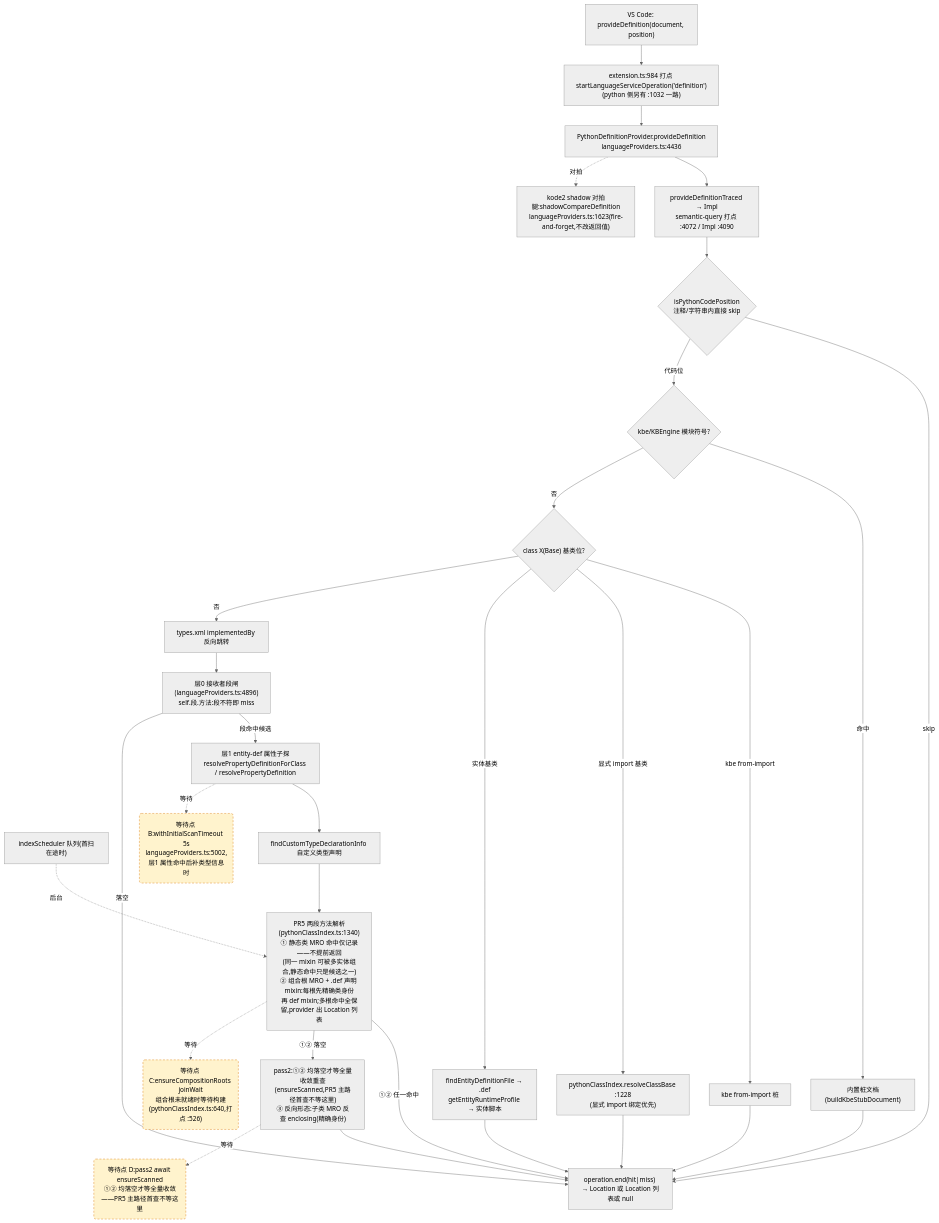
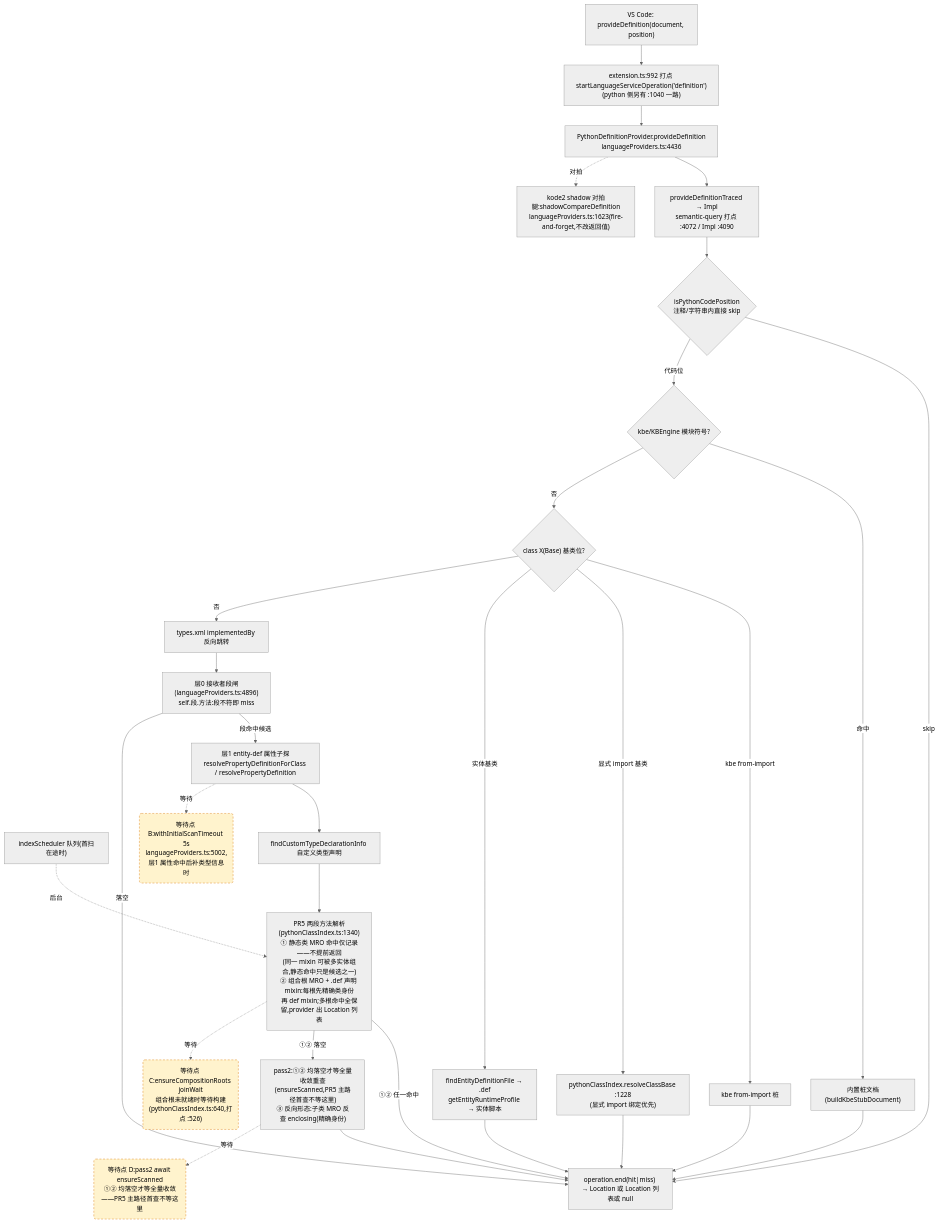
The second of 4 diagrams in docs/perf/2026-baseline.md (cuihairu/kode), drawn with Mermaid (neutral theme) before and after one commit. The commit also changed other lines of this file and 12 other files, not shown here.

````diff
--- a/docs/perf/2026-baseline.md
+++ b/docs/perf/2026-baseline.md
@@ -130,51 +130,51 @@
 ```mermaid
 flowchart TD
   VC2["VS Code: provideDefinition(document, position)"]
-  M2["extension.ts:984 打点 startLanguageServiceOperation('definition')<br/>(python 侧另有 :1032 一路)"]
+  M2["extension.ts:992 打点 startLanguageServiceOperation('definition')<br/>(python 侧另有 :1040 一路)"]
   AD2["PythonDefinitionProvider.provideDefinition<br/>languageProviders.ts:4436"]
   TR["provideDefinitionTraced → Impl<br/>semantic-query 打点 :4072 / Impl :4090"]
   CTX{"isPythonCodePosition<br/>注释/字符串内直接 skip"}
   KBE{"kbe/KBEngine 模块符号?"}
   STUB["内置桩文档(buildKbeStubDocument)"]
   CB{"class X(Base) 基类位?"}
   CB1["kbe from-import 桩"]
   CB2["pythonClassIndex.resolveClassBase :1228<br/>(显式 import 绑定优先)"]
   CB3["findEntityDefinitionFile → .def<br/>getEntityRuntimeProfile → 实体脚本"]
   REV["types.xml implementedBy 反向跳转"]
   L0["层0 接收者段闸(languageProviders.ts:4896)<br/>self.段.方法:段不符即 miss"]
   L1["层1 entity-def 属性子探<br/>resolvePropertyDefinitionForClass / resolvePropertyDefinition"]
   SCAN["indexScheduler 队列(首扫在途时)"]
   TY["findCustomTypeDeclarationInfo 自定义类型声明"]
   MRO["PR5 两段方法解析(pythonClassIndex.ts:1340)<br/>① 静态类 MRO 命中仅记录——不提前返回<br/>(同一 mixin 可被多实体组合,静态命中只是候选之一)<br/>② 组合根 MRO + .def 声明 mixin:每根先精确类身份<br/>再 def mixin;多根命中全保留,provider 出 Location 列表"]
   PASS2["pass2:①② 均落空才等全量收敛重查<br/>(ensureScanned,PR5 主路径首查不等这里)<br/>③ 反向形态:子类 MRO 反查 enclosing(精确身份)"]
   SHD["kode2 shadow 对拍腿:shadowCompareDefinition<br/>languageProviders.ts:1623(fire-and-forget,不改返回值)"]
   END2["operation.end(hit|miss) → Location 或 Location 列表或 null"]
 
   VC2 --> M2 --> AD2 --> TR --> CTX
   CTX -- "skip" --> END2
   CTX -- "代码位" --> KBE
   KBE -- "命中" --> STUB --> END2
   KBE -- "否" --> CB
   CB -- "kbe from-import" --> CB1 --> END2
   CB -- "显式 import 基类" --> CB2 --> END2
   CB -- "实体基类" --> CB3 --> END2
   CB -- "否" --> REV --> L0
   L0 -- "段命中候选" --> L1
   L0 -- "落空" --> END2
   L1 --> TY
   TY --> MRO
   MRO -- "①② 任一命中" --> END2
   MRO -- "①② 落空" --> PASS2 --> END2
   AD2 -.->|对拍| SHD
 
   WAITB("等待点 B:withInitialScanTimeout 5s<br/>languageProviders.ts:5002,层1 属性命中后补类型信息时")
   WAITC("等待点 C:ensureCompositionRoots joinWait<br/>组合根未就绪时等待构建(pythonClassIndex.ts:640,打点 :526)")
   WAITD("等待点 D:pass2 await ensureScanned<br/>①② 均落空才等全量收敛——PR5 主路径首查不等这里")
   L1 -.->|等待| WAITB
   MRO -.->|等待| WAITC
   PASS2 -.->|等待| WAITD
   SCAN -.->|后台| MRO
 
   classDef waitPoint fill:#fff3cd,stroke:#d97706,stroke-dasharray:5 4;
   class WAITB,WAITC,WAITD waitPoint;
 ```
````
